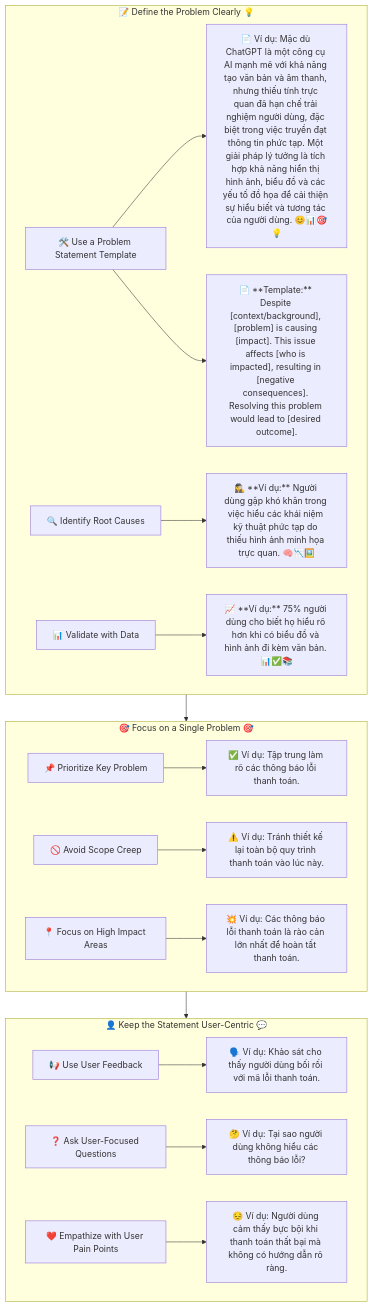
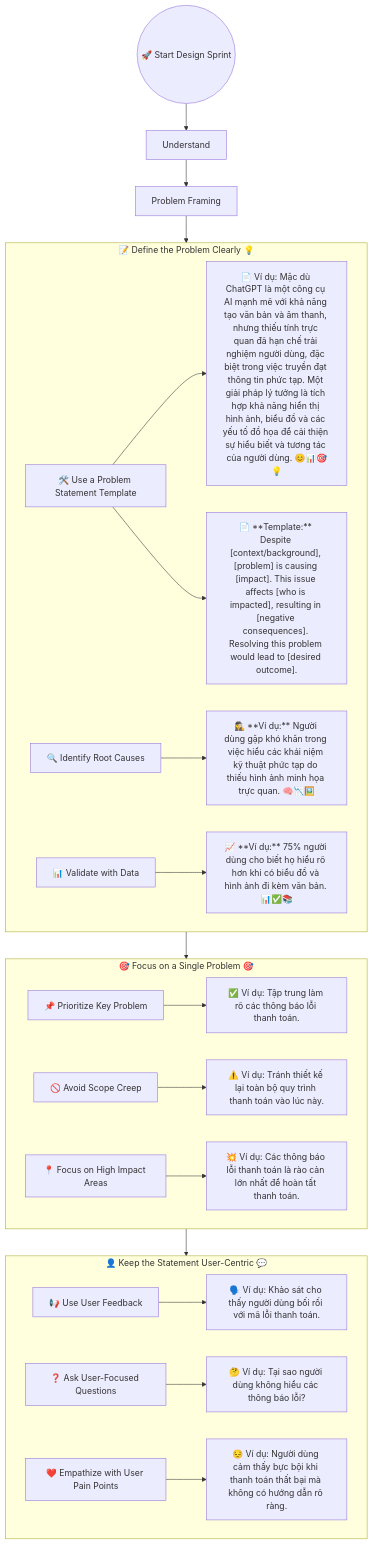
The diagram in docs/designsprintkit/phases/01-Understand/02-Understand-the-Problem/02-Problem-Framing/01-Map.mmd (qtvhao/quickcurl), drawn with Mermaid before and after one commit. The commit also changed 1 other file, not shown here.

Commit message:
Add initial flowchart structure for problem framing in design sprint

```diff
--- a/docs/designsprintkit/phases/01-Understand/02-Understand-the-Problem/02-Problem-Framing/01-Map.mmd
+++ b/docs/designsprintkit/phases/01-Understand/02-Understand-the-Problem/02-Problem-Framing/01-Map.mmd
@@ -1,25 +1,30 @@
 flowchart TD
+
+    Design_Sprint((🚀 Start Design Sprint)) --> Understand["Understand"]
+
+    Understand --> Problem_Framing["Problem Framing"]
+
     %% Define the Problem Clearly
     subgraph A1[📝 Define the Problem Clearly 💡]
         B1[🛠️ Use a Problem Statement Template] --> E1["📄 Ví dụ: Mặc dù ChatGPT là một công cụ AI mạnh mẽ với khả năng tạo văn bản và âm thanh, nhưng thiếu tính trực quan đã hạn chế trải nghiệm người dùng, đặc biệt trong việc truyền đạt thông tin phức tạp. Một giải pháp lý tưởng là tích hợp khả năng hiển thị hình ảnh, biểu đồ và các yếu tố đồ họa để cải thiện sự hiểu biết và tương tác của người dùng. 😊📊🎯💡"]
         B1 --> E4["📄 **Template:** Despite [context/background], [problem] is causing [impact]. This issue affects [who is impacted], resulting in [negative consequences]. Resolving this problem would lead to [desired outcome]."]
         B2[🔍 Identify Root Causes] --> E2["🕵️‍♀️ **Ví dụ:** Người dùng gặp khó khăn trong việc hiểu các khái niệm kỹ thuật phức tạp do thiếu hình ảnh minh họa trực quan. 🧠📉🖼️"]
         B3[📊 Validate with Data] --> E3["📈 **Ví dụ:** 75% người dùng cho biết họ hiểu rõ hơn khi có biểu đồ và hình ảnh đi kèm văn bản. 📊✅📚"]
     end
 
     %% Focus on a Single Problem
     subgraph A2[🎯 Focus on a Single Problem 🎯]
         C1[📌 Prioritize Key Problem] --> F1["✅ Ví dụ: Tập trung làm rõ các thông báo lỗi thanh toán."]
         C2[🚫 Avoid Scope Creep] --> F2["⚠️ Ví dụ: Tránh thiết kế lại toàn bộ quy trình thanh toán vào lúc này."]
         C3[📍 Focus on High Impact Areas] --> F3["💥 Ví dụ: Các thông báo lỗi thanh toán là rào cản lớn nhất để hoàn tất thanh toán."]
     end
 
     %% Keep the Statement User-Centric
     subgraph A3[👤 Keep the Statement User-Centric 💬]
         D1[📢 Use User Feedback] --> G1["🗣️ Ví dụ: Khảo sát cho thấy người dùng bối rối với mã lỗi thanh toán."]
         D2[❓ Ask User-Focused Questions] --> G2["🤔 Ví dụ: Tại sao người dùng không hiểu các thông báo lỗi?"]
         D3[❤️ Empathize with User Pain Points] --> G3["😔 Ví dụ: Người dùng cảm thấy bực bội khi thanh toán thất bại mà không có hướng dẫn rõ ràng."]
     end
 
     %% Connect Subgraphs in Order
-    A1 --> A2 --> A3
+    Problem_Framing --> A1 --> A2 --> A3
```
